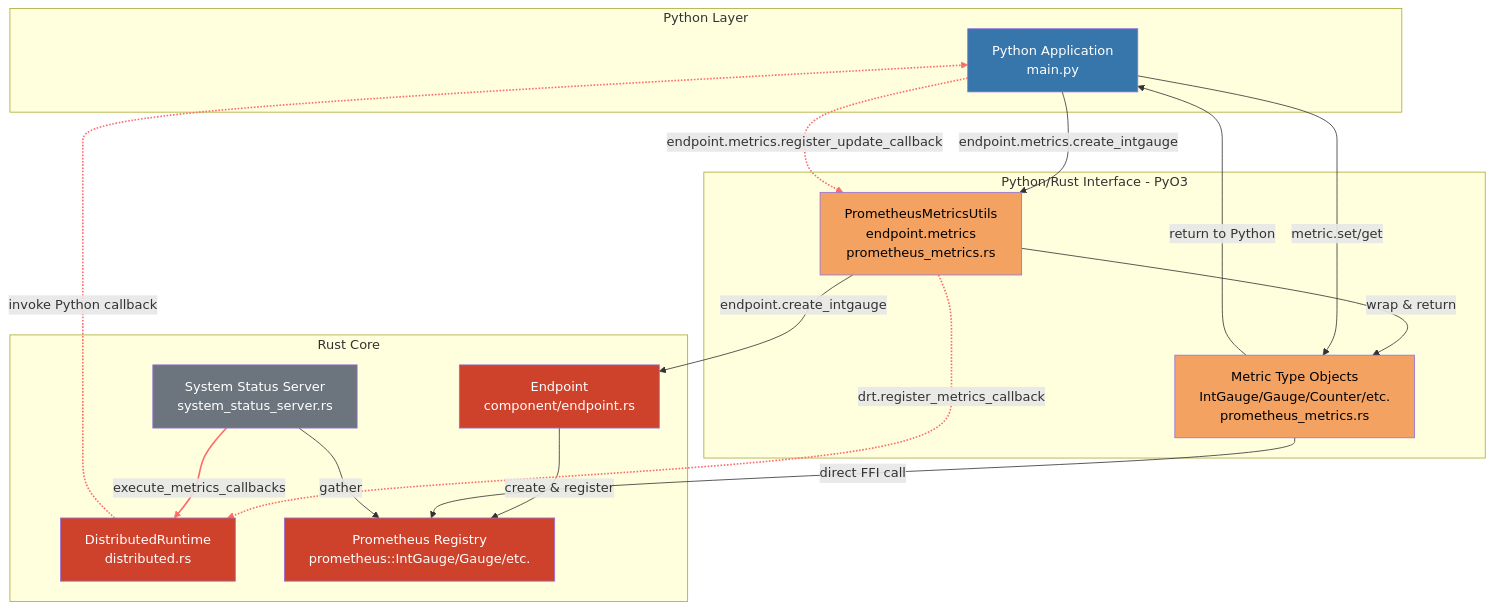
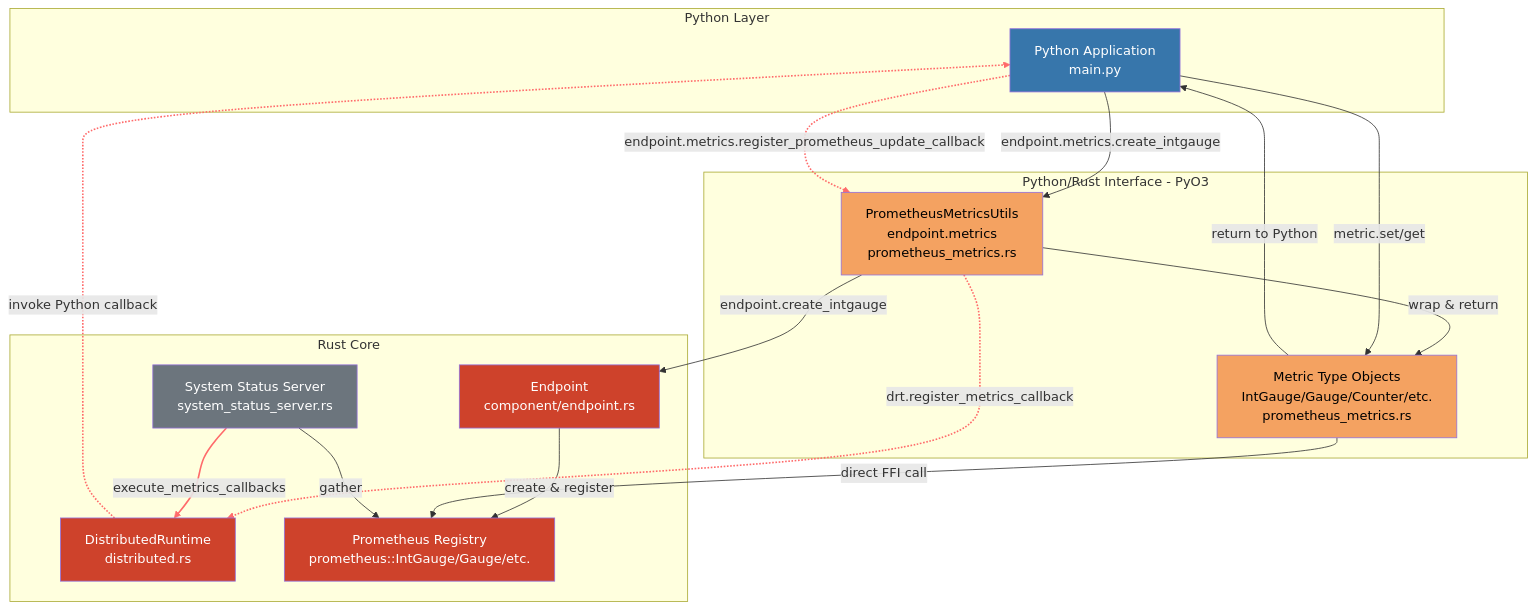
One commit to ai-dynamo/dynamo changed the second of 2 diagrams in lib/bindings/python/examples/metrics/README.md. Above: the diagram before and after it, drawn with Mermaid. The commit also changed other lines of this file and 15 other files, not shown here.

````diff
--- a/lib/bindings/python/examples/metrics/README.md
+++ b/lib/bindings/python/examples/metrics/README.md
@@ -326,43 +326,43 @@
 ```mermaid
 graph TD
     subgraph Python["Python Layer"]
         PY[Python Application<br/>main.py]
         style PY fill:#3776ab,color:#fff
     end
 
     subgraph PyO3["Python/Rust Interface - PyO3"]
         PM[PrometheusMetricsUtils<br/>endpoint.metrics<br/>prometheus_metrics.rs]
         MT[Metric Type Objects<br/>IntGauge/Gauge/Counter/etc.<br/>prometheus_metrics.rs]
         style PM fill:#f4a261,color:#000
         style MT fill:#f4a261,color:#000
     end
 
     subgraph Rust["Rust Core"]
         EP[Endpoint<br/>component/endpoint.rs]
         DRT[DistributedRuntime<br/>distributed.rs]
         PROM["Prometheus Registry<br/>prometheus::IntGauge/Gauge/etc."]
         SS[System Status Server<br/>system_status_server.rs]
         style EP fill:#ce422b,color:#fff
         style DRT fill:#ce422b,color:#fff
         style PROM fill:#ce422b,color:#fff
         style SS fill:#6c757d,color:#fff
     end
 
     PY -->|endpoint.metrics.create_intgauge| PM
     PM -->|endpoint.create_intgauge| EP
     EP -->|create & register| PROM
     PM -->|wrap & return| MT
     MT -->|return to Python| PY
     PY -->|metric.set/get| MT
     MT -->|direct FFI call| PROM
-    PY -.->|endpoint.metrics.register_update_callback| PM
+    PY -.->|endpoint.metrics.register_prometheus_update_callback| PM
     PM -.->|drt.register_metrics_callback| DRT
     SS ==>|execute_metrics_callbacks| DRT
     DRT -.->|invoke Python callback| PY
     SS -->|gather| PROM
 
     linkStyle 7 stroke:#ff6b6b,stroke-width:2px
     linkStyle 8 stroke:#ff6b6b,stroke-width:2px
     linkStyle 9 stroke:#ff6b6b,stroke-width:2px
     linkStyle 10 stroke:#ff6b6b,stroke-width:2px
 ```
````
